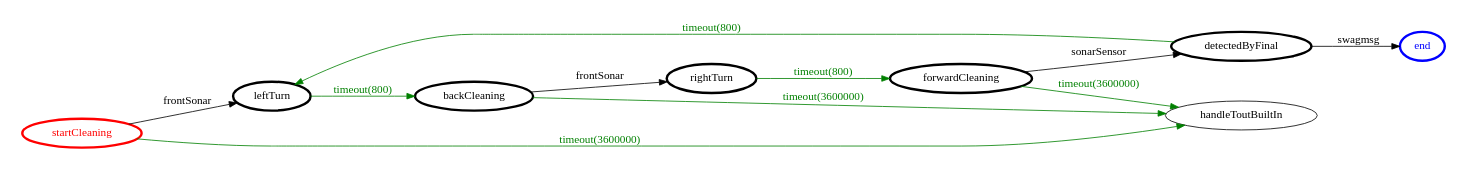
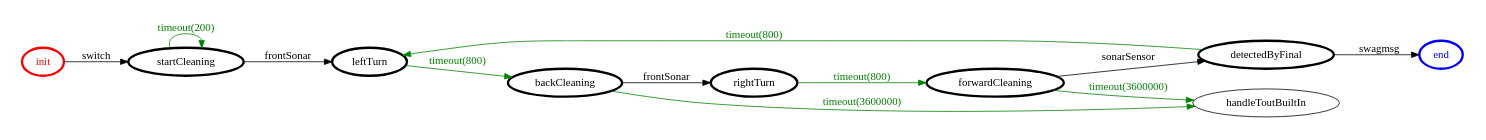
One commit to FFrabetti/ProgettoISS_relazione changed the diagram in it.unibo.finalTask2018/srcMore/it/unibo/swag3/swag3.gv. Above: the diagram before and after it, drawn with Graphviz. The commit also changed 7 other files, not shown here.

```diff
--- a/it.unibo.finalTask2018/srcMore/it/unibo/swag3/swag3.gv
+++ b/it.unibo.finalTask2018/srcMore/it/unibo/swag3/swag3.gv
@@ -1,30 +1,32 @@
 /*
 *
 * A GraphViz DOT FSM description 
 * Please use a GraphViz visualizer (like http://www.webgraphviz.com)
 *  
 */
 
 digraph finite_state_machine {
 	rankdir=LR
 	size="8,5"
 	
-	startCleaning [ color = red ][ fontcolor = red ][ penwidth = 3 ]
+	init [ color = red ][ fontcolor = red ][ penwidth = 3 ]
 	forwardCleaning [ color = black ][ fontcolor = black ][ penwidth = 3 ]
 	rightTurn [ color = black ][ fontcolor = black ][ penwidth = 3 ]
+	startCleaning [ color = black ][ fontcolor = black ][ penwidth = 3 ]
 	detectedByFinal [ color = black ][ fontcolor = black ][ penwidth = 3 ]
 	leftTurn [ color = black ][ fontcolor = black ][ penwidth = 3 ]
 	backCleaning [ color = black ][ fontcolor = black ][ penwidth = 3 ]
 	end [ color = blue ][ fontcolor = blue ][ penwidth = 3 ]
 	
 	detectedByFinal -> end [ label = "swagmsg" ][ color = black ][ fontcolor = black ]
 	leftTurn -> backCleaning [ label = "timeout(800)" ][ color = green ][ fontcolor = green ]
 	startCleaning -> leftTurn [ label = "frontSonar" ][ color = black ][ fontcolor = black ]
 	backCleaning -> rightTurn [ label = "frontSonar" ][ color = black ][ fontcolor = black ]
 	rightTurn -> forwardCleaning [ label = "timeout(800)" ][ color = green ][ fontcolor = green ]
-	startCleaning -> handleToutBuiltIn [ label = "timeout(3600000)" ][ color = green ][ fontcolor = green ]
+	startCleaning -> startCleaning [ label = "timeout(200)" ][ color = green ][ fontcolor = green ]
+	init -> startCleaning [ label = "switch" ][ color = black ][ fontcolor = black ]
 	forwardCleaning -> detectedByFinal [ label = "sonarSensor" ][ color = black ][ fontcolor = black ]
 	detectedByFinal -> leftTurn [ label = "timeout(800)" ][ color = green ][ fontcolor = green ]
 	forwardCleaning -> handleToutBuiltIn [ label = "timeout(3600000)" ][ color = green ][ fontcolor = green ]
 	backCleaning -> handleToutBuiltIn [ label = "timeout(3600000)" ][ color = green ][ fontcolor = green ]
 }
```
